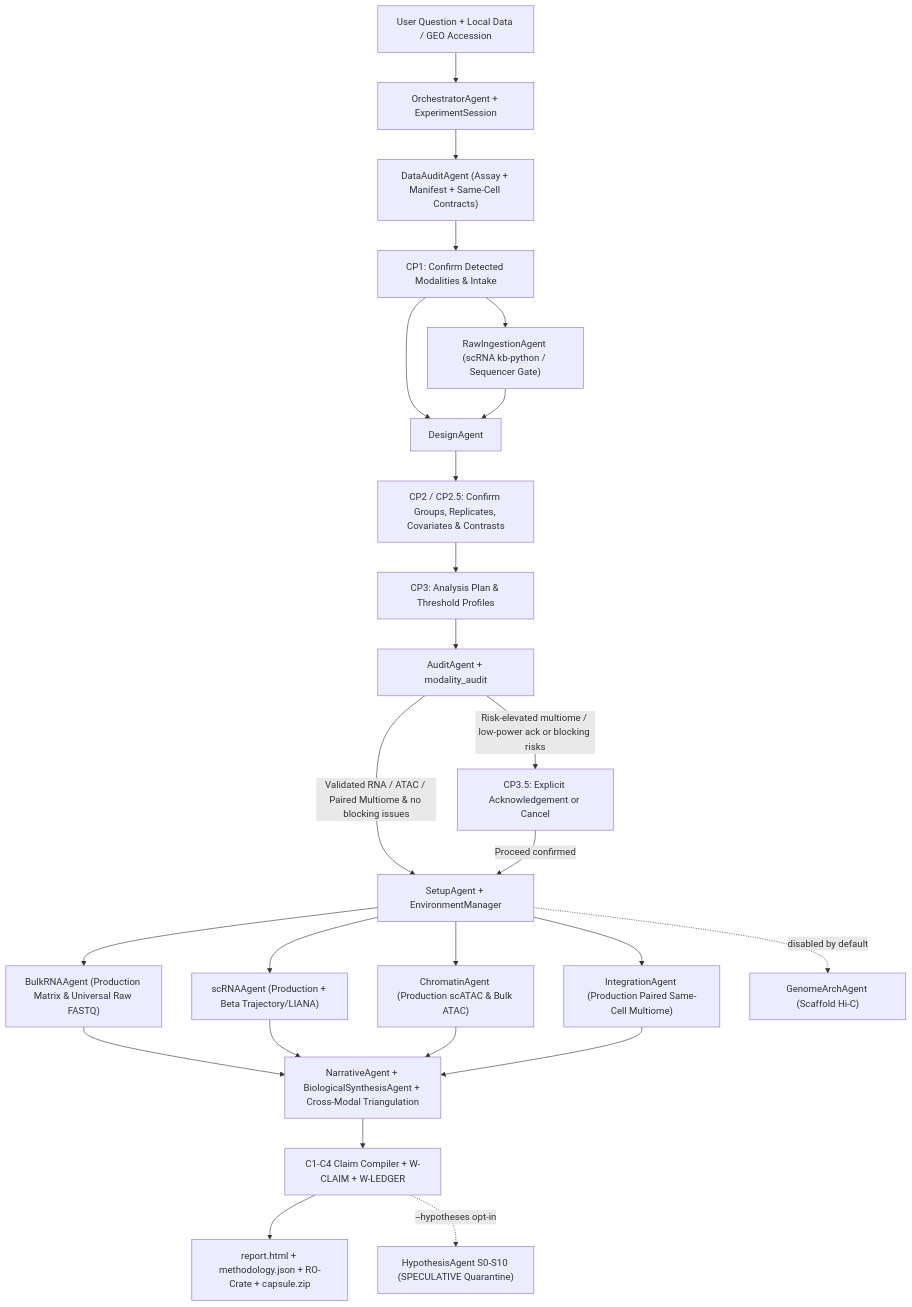
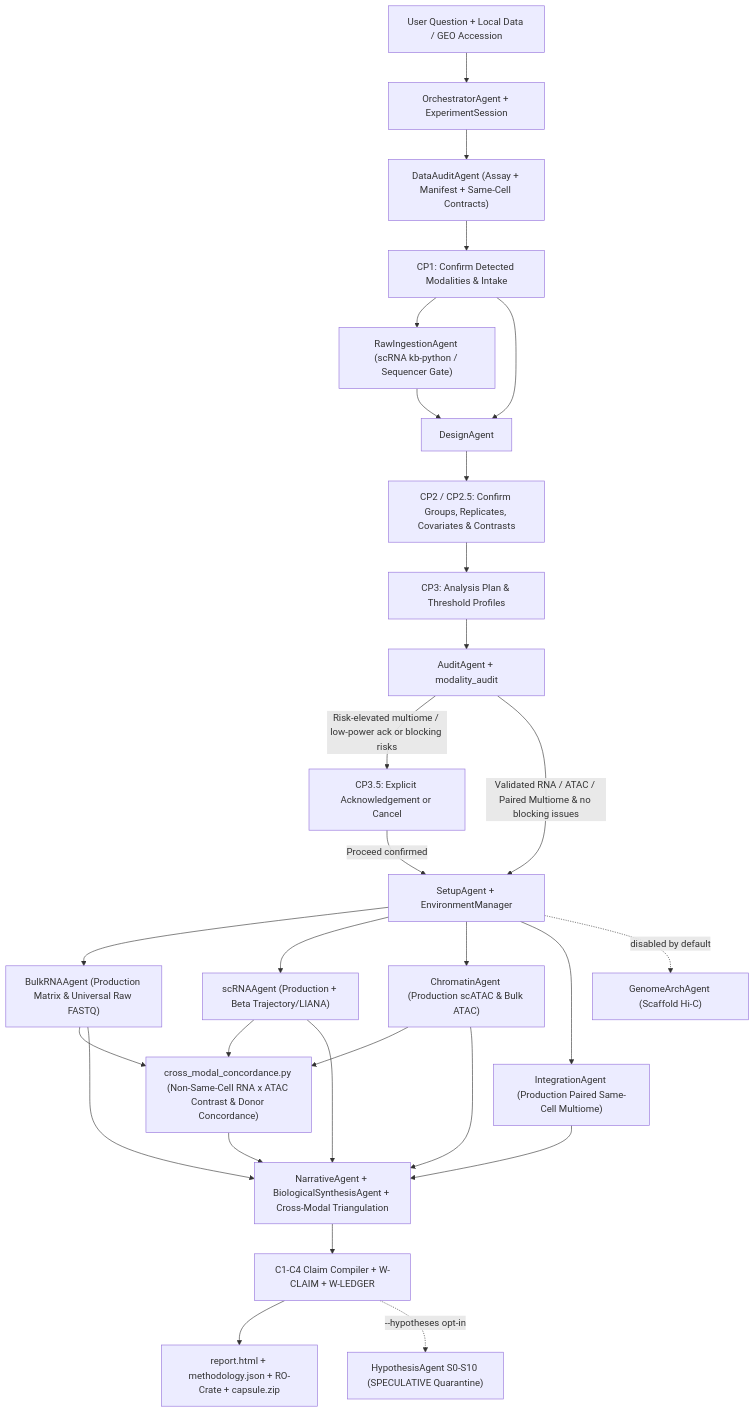
The diagram in docs/architecture/overview.md (Olascoaga/aria-omics), drawn with Mermaid before and after one commit. The commit also changed other lines of this file and 35 other files, not shown here.

Commit message:
feat(cross-modal): add production RNAxATAC contrast and donor concordance engine (ADR-080)

````diff
--- a/docs/architecture/overview.md
+++ b/docs/architecture/overview.md
@@ -16,27 +16,31 @@
 ```mermaid
 flowchart TD
     U["User Question + Local Data / GEO Accession"] --> O["OrchestratorAgent + ExperimentSession"]
     O --> DA["DataAuditAgent (Assay + Manifest + Same-Cell Contracts)"]
     DA --> CP1["CP1: Confirm Detected Modalities & Intake"]
     CP1 --> RAW["RawIngestionAgent (scRNA kb-python / Sequencer Gate)"]
     CP1 --> D["DesignAgent"]
     RAW --> D
     D --> CP2["CP2 / CP2.5: Confirm Groups, Replicates, Covariates & Contrasts"]
     CP2 --> CP3["CP3: Analysis Plan & Threshold Profiles"]
     CP3 --> A["AuditAgent + modality_audit"]
     A -->|Risk-elevated multiome / low-power ack or blocking risks| CP35["CP3.5: Explicit Acknowledgement or Cancel"]
     A -->|Validated RNA / ATAC / Paired Multiome & no blocking issues| SETUP["SetupAgent + EnvironmentManager"]
     CP35 -->|Proceed confirmed| SETUP
     SETUP --> B["BulkRNAAgent (Production Matrix & Universal Raw FASTQ)"]
     SETUP --> S["scRNAAgent (Production + Beta Trajectory/LIANA)"]
     SETUP --> C["ChromatinAgent (Production scATAC & Bulk ATAC)"]
     SETUP --> INT["IntegrationAgent (Production Paired Same-Cell Multiome)"]
     SETUP -. disabled by default .-> H["GenomeArchAgent (Scaffold Hi-C)"]
+    B --> CM["cross_modal_concordance.py (Non-Same-Cell RNA x ATAC Contrast & Donor Concordance)"]
+    S --> CM
+    C --> CM
     B --> N["NarrativeAgent + BiologicalSynthesisAgent + Cross-Modal Triangulation"]
     S --> N
     C --> N
+    CM --> N
     INT --> N
     N --> COMP["C1-C4 Claim Compiler + W-CLAIM + W-LEDGER"]
     COMP --> R["report.html + methodology.json + RO-Crate + capsule.zip"]
     COMP -. "--hypotheses opt-in" .-> HYPO["HypothesisAgent S0-S10 (SPECULATIVE Quarantine)"]
 ```
````
